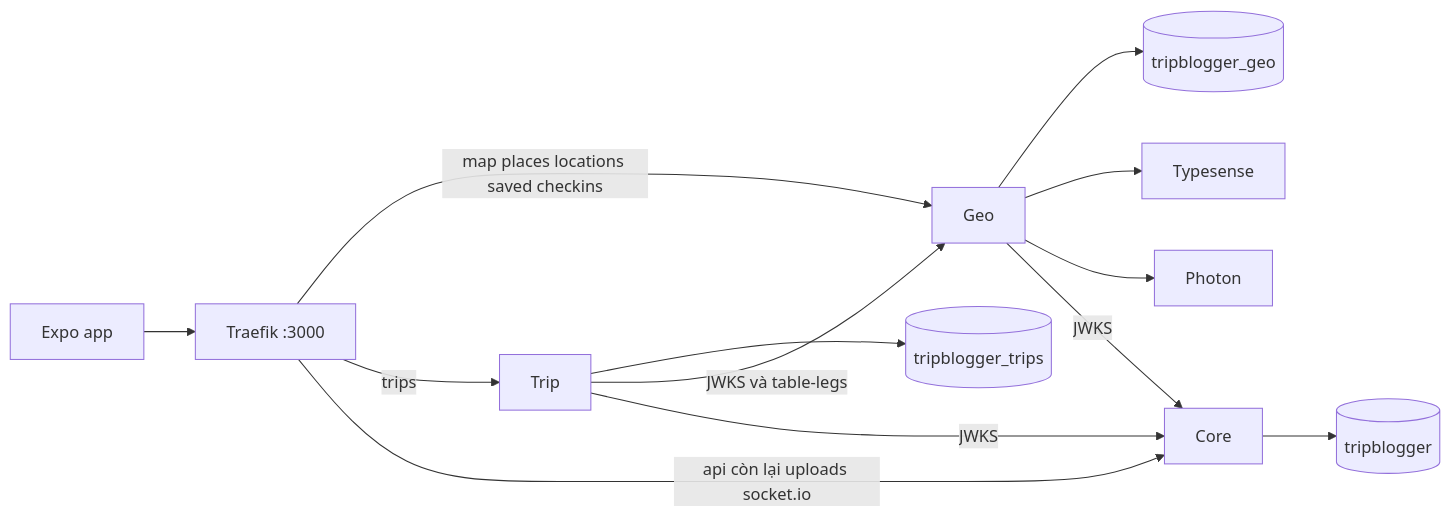
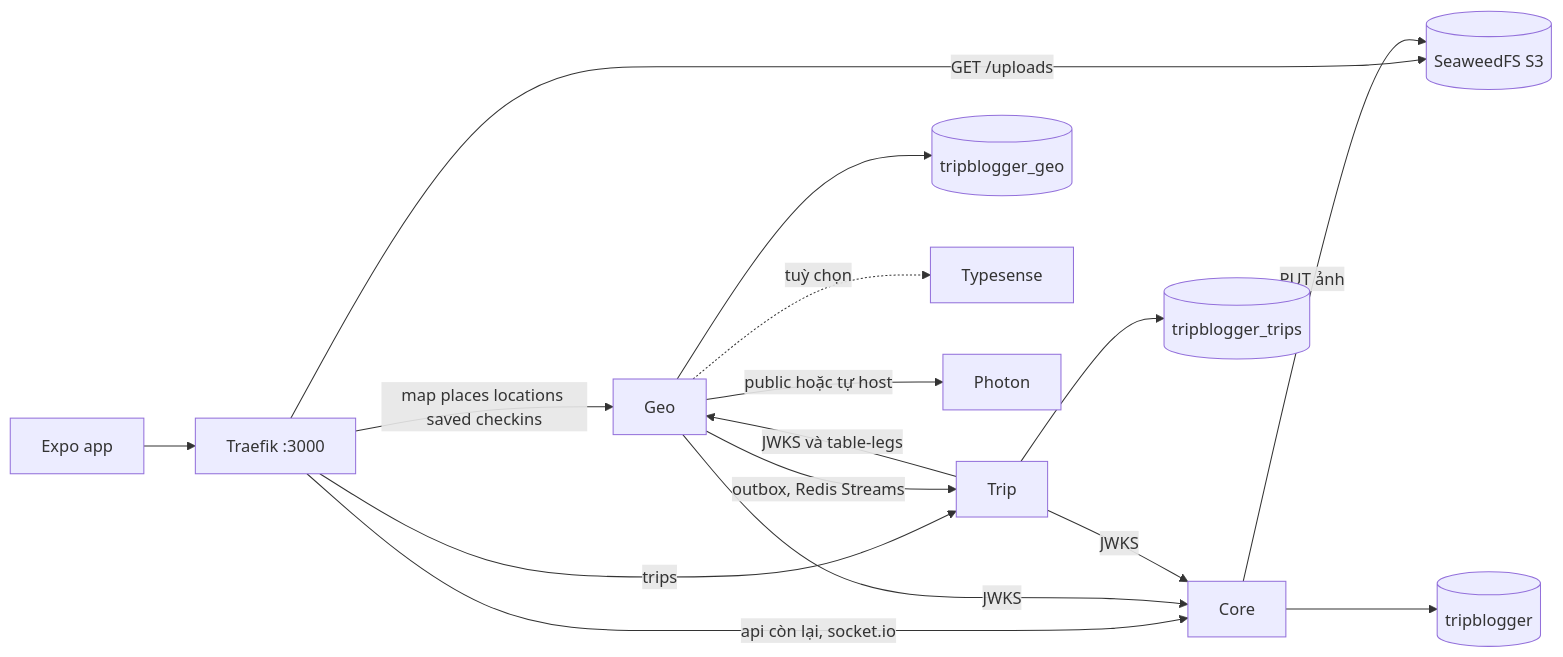
The diagram in README.md (So-Much/tripblogger), drawn with Mermaid before and after one commit. The commit also changed other lines of this file and 128 other files, not shown here.

````diff
--- a/README.md
+++ b/README.md
@@ -130,15 +130,18 @@
 ```mermaid
 flowchart LR
   App[Expo app] --> Traefik["Traefik :3000"]
   Traefik -->|map places locations saved checkins| Geo[Geo]
   Traefik -->|trips| Trip[Trip]
-  Traefik -->|api còn lại uploads socket.io| Core[Core]
+  Traefik -->|api còn lại, socket.io| Core[Core]
+  Traefik -->|GET /uploads| Seaweed[(SeaweedFS S3)]
+  Core -->|PUT ảnh| Seaweed
   Core --> DbCore[(tripblogger)]
   Geo --> DbGeo[(tripblogger_geo)]
   Trip --> DbTrip[(tripblogger_trips)]
-  Geo --> Typesense
-  Geo --> Photon
+  Geo -->|outbox, Redis Streams| Trip
+  Geo -.->|tuỳ chọn| Typesense
+  Geo -->|public hoặc tự host| Photon
   Trip -->|JWKS và table-legs| Geo
   Geo -->|JWKS| Core
   Trip -->|JWKS| Core
 ```
````
